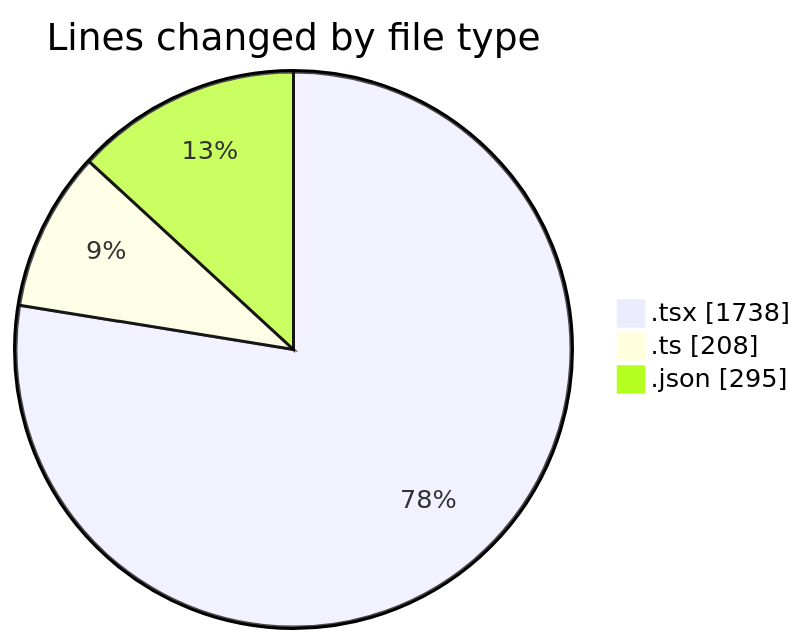
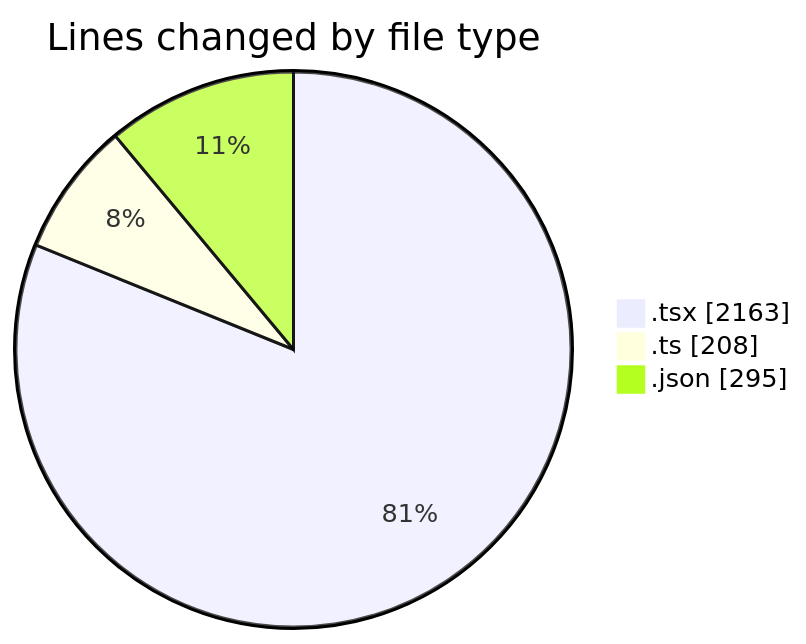
The first of 2 diagrams in 2025-10-09/eventscop-frontend-guide__workspace_/README.md (julien-gomy/code-tracking), drawn with Mermaid before and after one commit. The commit also changed other lines of this file and 1 other file, not shown here.

````diff
--- a/2025-10-09/eventscop-frontend-guide__workspace_/README.md
+++ b/2025-10-09/eventscop-frontend-guide__workspace_/README.md
@@ -28,7 +32,7 @@
 ```mermaid
 pie showData
 title Lines changed by file type
-".tsx" : 1738
+".tsx" : 2163
 ".ts" : 208
 ".json" : 295
 ```
````
